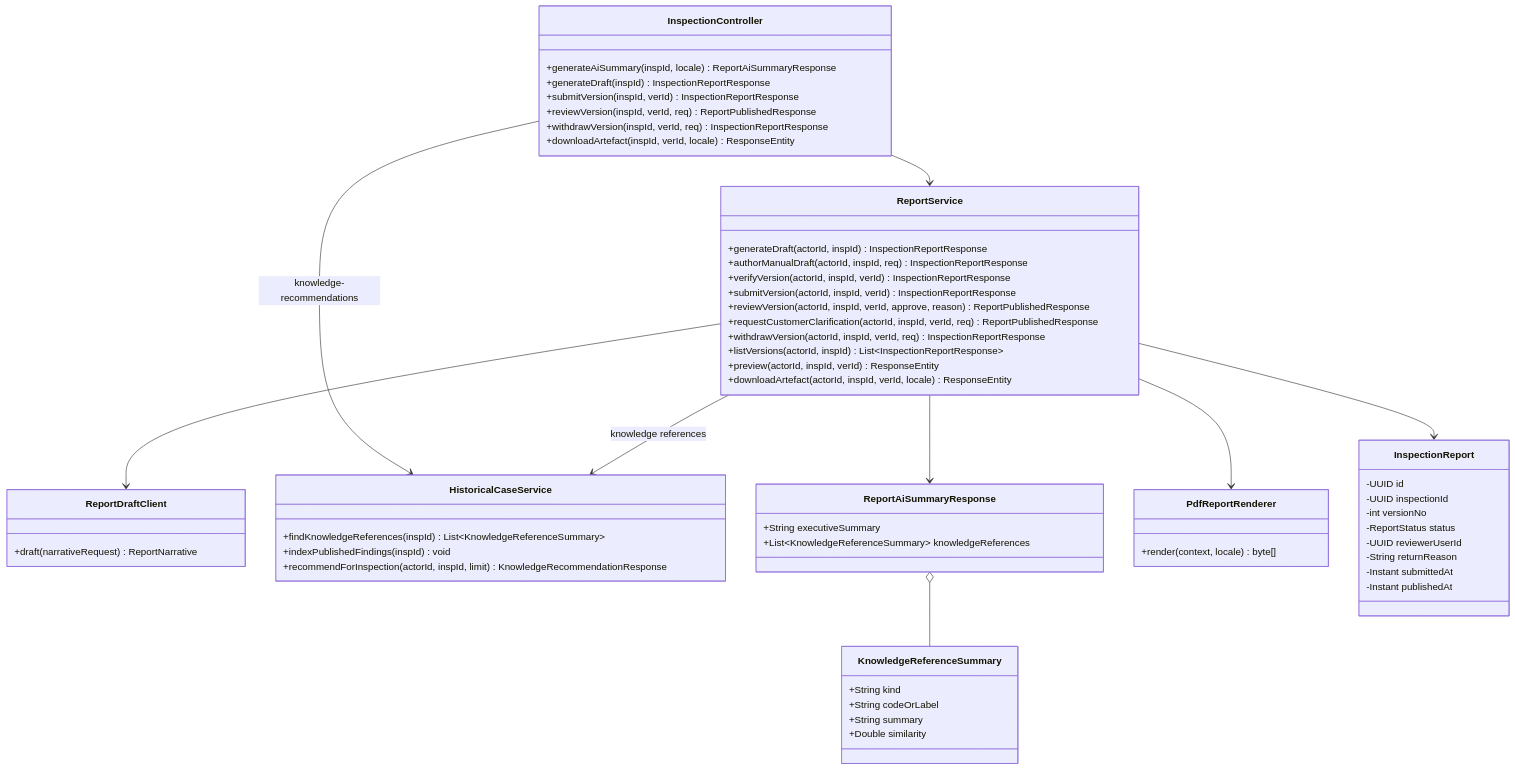
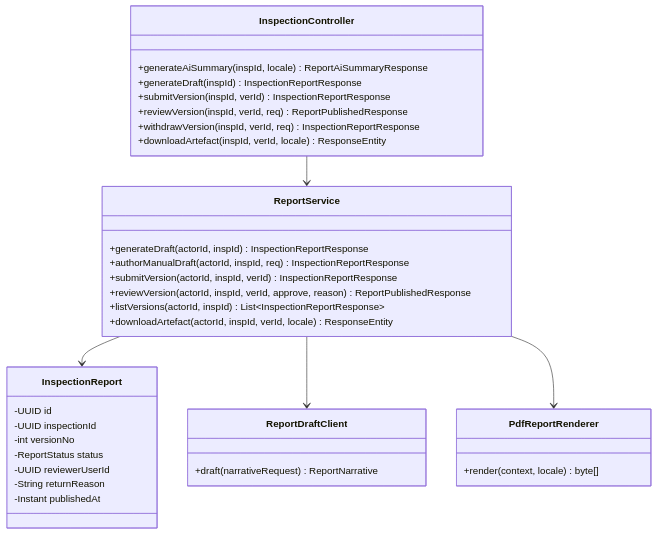
Before and after one commit to tungbach12/SmartDroneInspection-Docs: diagram 19 of 22 in reports/report-4-software-design-document/03-detailed-design.md, drawn with Mermaid. The commit also changed other lines of this file and 139 other files, not shown here.

Commit message:
docs(reports,diagrams): split 24-feature reports and reorganize type-specific draw.io diagrams

````diff
--- a/reports/report-4-software-design-document/03-detailed-design.md
+++ b/reports/report-4-software-design-document/03-detailed-design.md
@@ -990,63 +906,39 @@
 ```mermaid
-%% title: FE-07 Inspection Report Preparation, Review and Publication Class Diagram
+%% title: FE-18 Inspection Report Preparation, Review and Publication Class Diagram
 classDiagram
   class InspectionController {
     +generateAiSummary(inspId, locale) ReportAiSummaryResponse
     +generateDraft(inspId) InspectionReportResponse
     +submitVersion(inspId, verId) InspectionReportResponse
     +reviewVersion(inspId, verId, req) ReportPublishedResponse
     +withdrawVersion(inspId, verId, req) InspectionReportResponse
     +downloadArtefact(inspId, verId, locale) ResponseEntity
   }
   class ReportService {
     +generateDraft(actorId, inspId) InspectionReportResponse
     +authorManualDraft(actorId, inspId, req) InspectionReportResponse
-    +verifyVersion(actorId, inspId, verId) InspectionReportResponse
     +submitVersion(actorId, inspId, verId) InspectionReportResponse
     +reviewVersion(actorId, inspId, verId, approve, reason) ReportPublishedResponse
-    +requestCustomerClarification(actorId, inspId, verId, req) ReportPublishedResponse
-    +withdrawVersion(actorId, inspId, verId, req) InspectionReportResponse
     +listVersions(actorId, inspId) List~InspectionReportResponse~
-    +preview(actorId, inspId, verId) ResponseEntity
     +downloadArtefact(actorId, inspId, verId, locale) ResponseEntity
   }
   class ReportDraftClient {
     +draft(narrativeRequest) ReportNarrative
-  }
-  class HistoricalCaseService {
-    +findKnowledgeReferences(inspId) List~KnowledgeReferenceSummary~
-    +indexPublishedFindings(inspId) void
-    +recommendForInspection(actorId, inspId, limit) KnowledgeRecommendationResponse
-  }
-  class ReportAiSummaryResponse {
-    +String executiveSummary
-    +List~KnowledgeReferenceSummary~ knowledgeReferences
-  }
-  class KnowledgeReferenceSummary {
-    +String kind
-    +String codeOrLabel
-    +String summary
-    +Double similarity
   }
   class PdfReportRenderer {
     +render(context, locale) byte[]
   }
   class InspectionReport {
     -UUID id
     -UUID inspectionId
     -int versionNo
     -ReportStatus status
     -UUID reviewerUserId
     -String returnReason
-    -Instant submittedAt
     -Instant publishedAt
   }
   InspectionController --> ReportService
-  InspectionController --> HistoricalCaseService : knowledge-recommendations
   ReportService --> InspectionReport
   ReportService --> ReportDraftClient
-  ReportService --> HistoricalCaseService : knowledge references
-  ReportService --> ReportAiSummaryResponse
-  ReportAiSummaryResponse o-- KnowledgeReferenceSummary
   ReportService --> PdfReportRenderer
 ```
````
